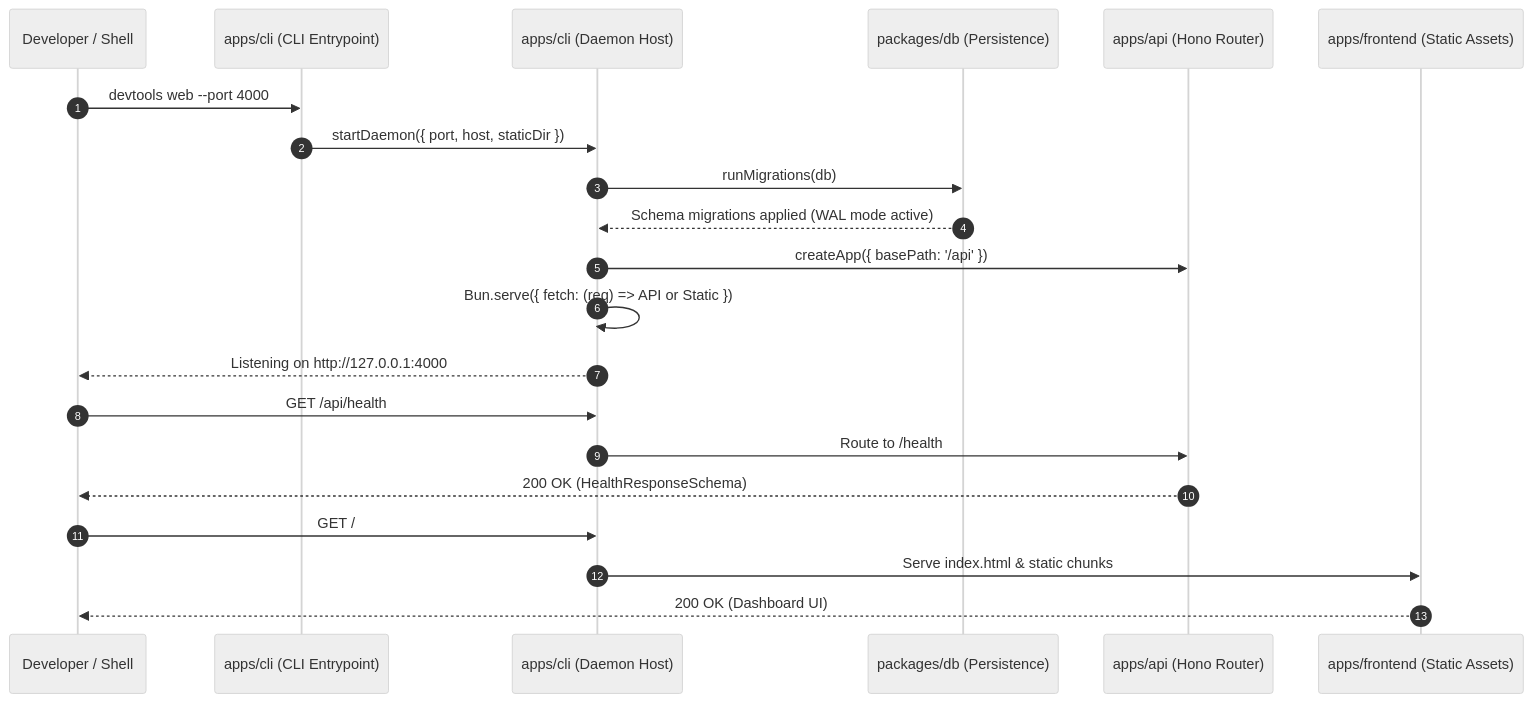
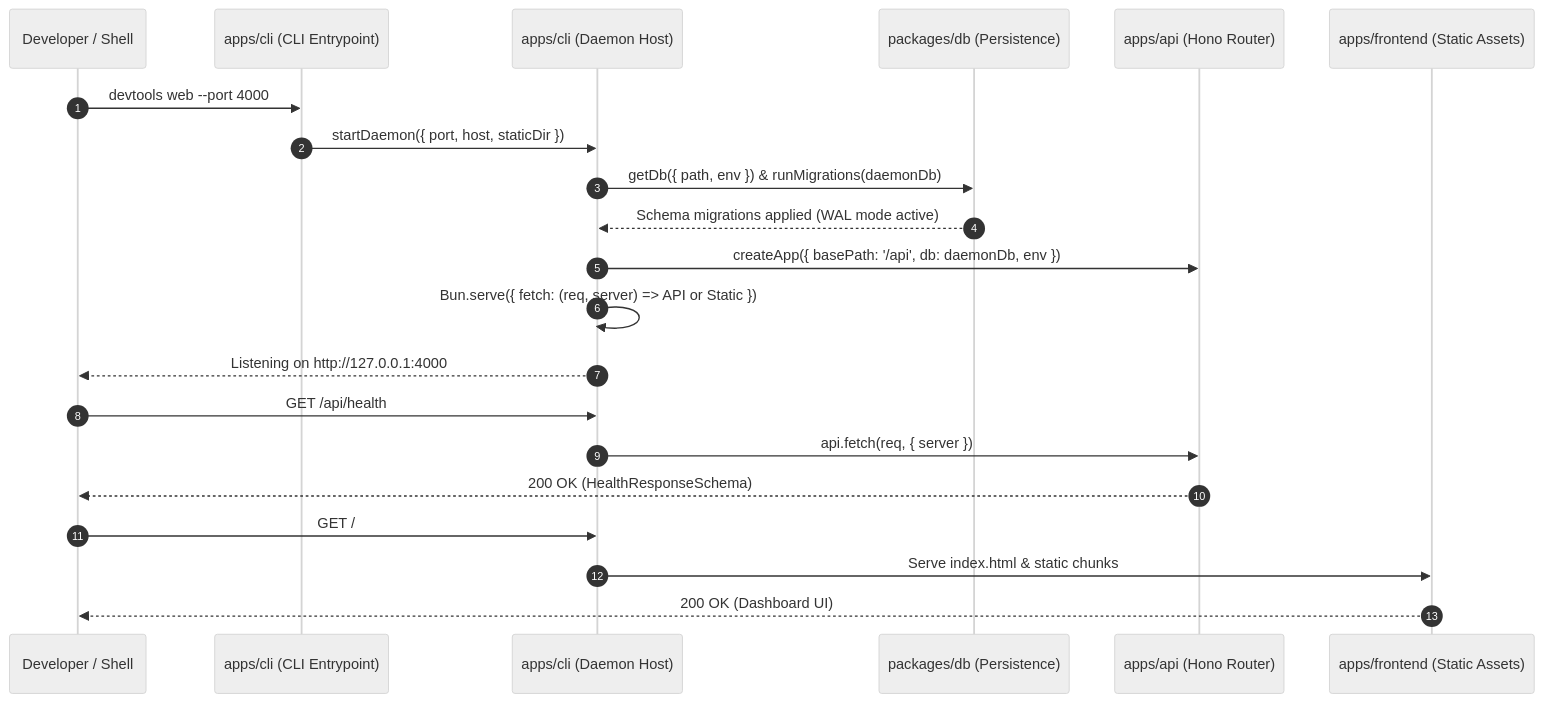
Before and after one commit to ahmedhanye/devtools: the diagram in docs/architecture/cli-and-daemon.md, drawn with Mermaid (neutral theme). The commit also changed other lines of this file and 17 other files, not shown here.

Commit message:
docs: document lighthouse daemon api, shutdown, and architecture (#131)

````diff
--- a/docs/architecture/cli-and-daemon.md
+++ b/docs/architecture/cli-and-daemon.md
@@ -44,24 +52,24 @@
 ```mermaid
 sequenceDiagram
   autonumber
   participant User as Developer / Shell
   participant CLI as apps/cli (CLI Entrypoint)
   participant Daemon as apps/cli (Daemon Host)
   participant DB as packages/db (Persistence)
   participant API as apps/api (Hono Router)
   participant UI as apps/frontend (Static Assets)
 
   User->>CLI: devtools web --port 4000
   CLI->>Daemon: startDaemon({ port, host, staticDir })
-  Daemon->>DB: runMigrations(db)
+  Daemon->>DB: getDb({ path, env }) & runMigrations(daemonDb)
   DB-->>Daemon: Schema migrations applied (WAL mode active)
-  Daemon->>API: createApp({ basePath: '/api' })
-  Daemon->>Daemon: Bun.serve({ fetch: (req) => API or Static })
+  Daemon->>API: createApp({ basePath: '/api', db: daemonDb, env })
+  Daemon->>Daemon: Bun.serve({ fetch: (req, server) => API or Static })
   Daemon-->>User: Listening on http://127.0.0.1:4000
   User->>Daemon: GET /api/health
-  Daemon->>API: Route to /health
+  Daemon->>API: api.fetch(req, { server })
   API-->>User: 200 OK (HealthResponseSchema)
   User->>Daemon: GET /
   Daemon->>UI: Serve index.html & static chunks
   UI-->>User: 200 OK (Dashboard UI)
 ```
````
